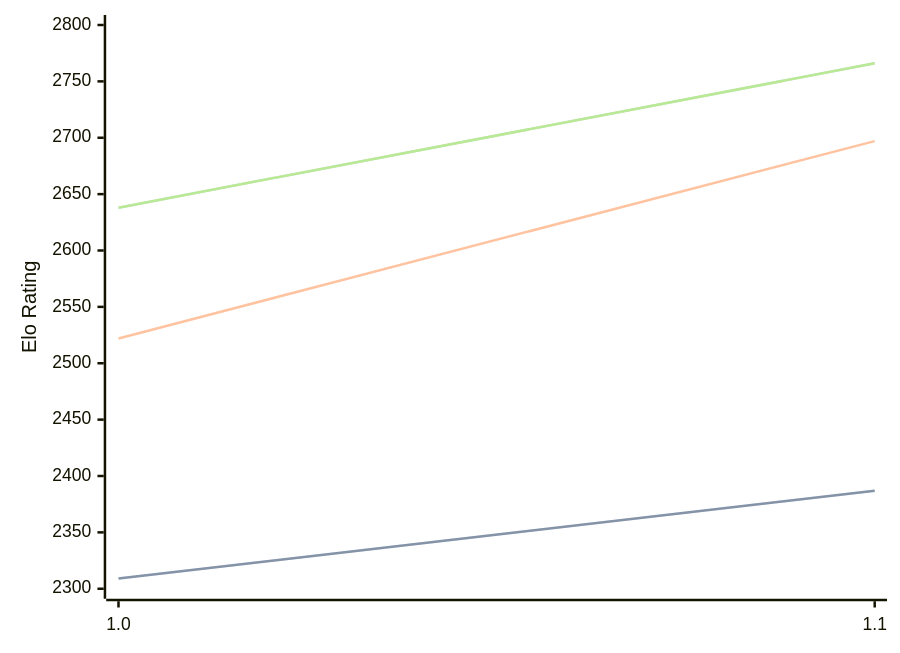
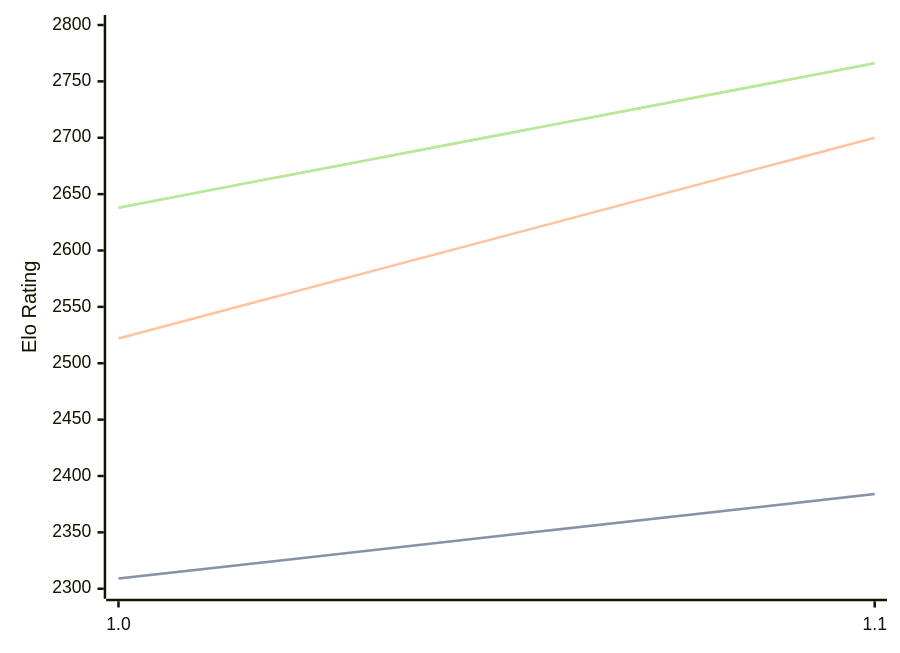
One commit to computer-chess-index/cci changed the diagram in engines/FoxChess.md. Above: the diagram before and after it, drawn with Mermaid. The commit also changed other lines of this file, not shown here.

````diff
--- a/engines/FoxChess.md
+++ b/engines/FoxChess.md
@@ -32,11 +32,11 @@
 ```mermaid
 %%{init: {"theme":"base","themeVariables":{"seriesColors:['#a3a3a3','#222221','#faa371']}}}%%
 xychart-beta
   x-axis ["1.0", "1.1"]
   y-axis "Elo Rating" 2300 --> 2800
-  line "STC (8.0+0.08s)" [2309, 2387]
-  line "STC (8.0+0.08s)" [2309, 2387]
-  line "LTC (60.0+0.60s)" [2522, 2697]
+  line "STC (8.0+0.08s)" [2309, 2384]
+  line "STC (8.0+0.08s)" [2309, 2384]
+  line "LTC (60.0+0.60s)" [2522, 2700]
   line "VLTC (2m24s+1.12s)" [2638, 2766]
   line "VLTC (2m24s+1.12s)" [2638, 2766]
 ```
````
